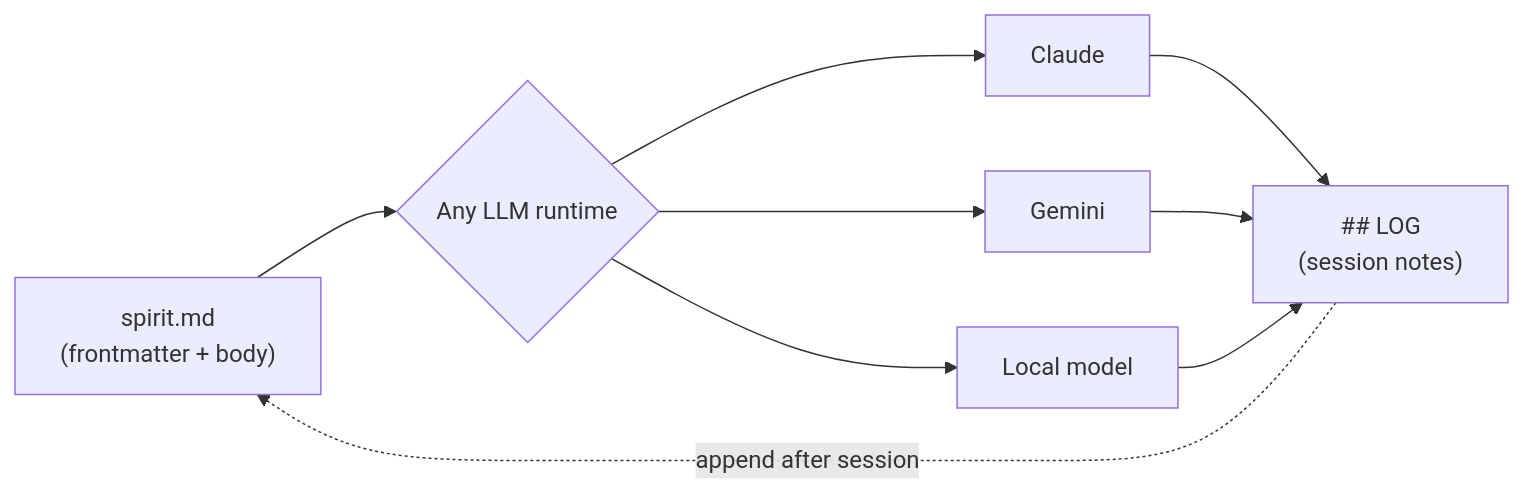
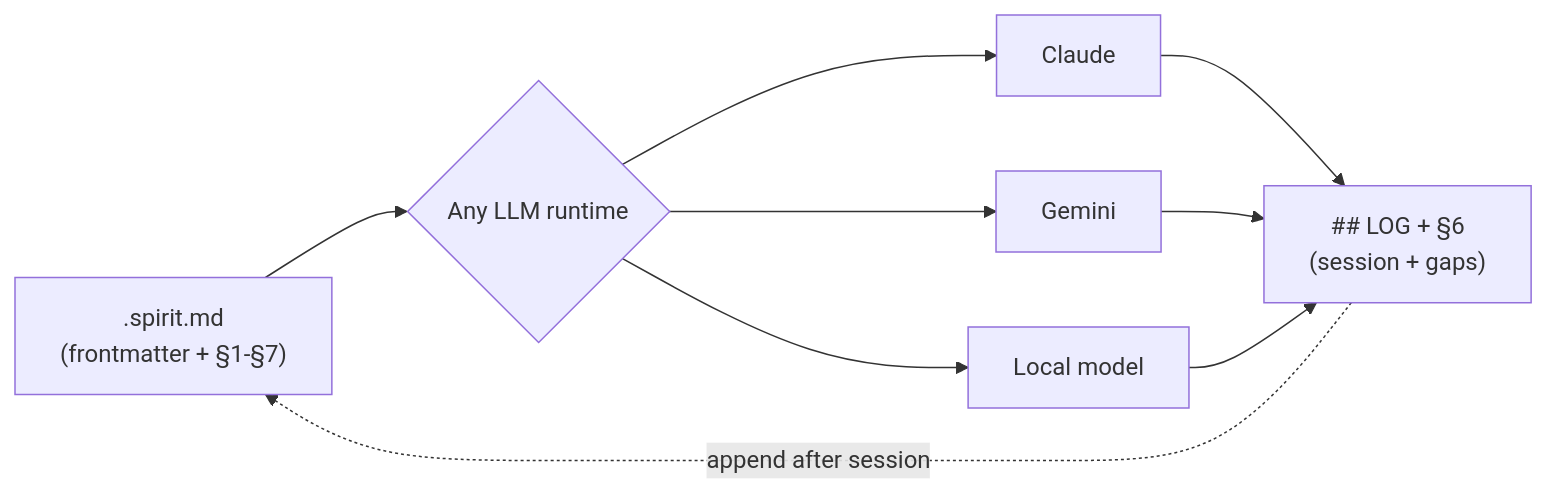
Before and after one commit to Jmkt/spirit-protocol: the diagram in README.md, drawn with Mermaid. The commit also changed other lines of this file and 6 other files, not shown here.

````diff
--- a/README.md
+++ b/README.md
@@ -116,11 +232,11 @@
 ```mermaid
 graph LR
-    A["spirit.md<br/>(frontmatter + body)"] --> B{Any LLM runtime}
+    A[".spirit.md<br/>(frontmatter + §1-§7)"] --> B{Any LLM runtime}
     B --> C[Claude]
     B --> D[Gemini]
     B --> E[Local model]
-    C --> F["## LOG<br/>(session notes)"]
+    C --> F["## LOG + §6<br/>(session + gaps)"]
     D --> F
     E --> F
     F -.append after session.-> A
 ```
````
